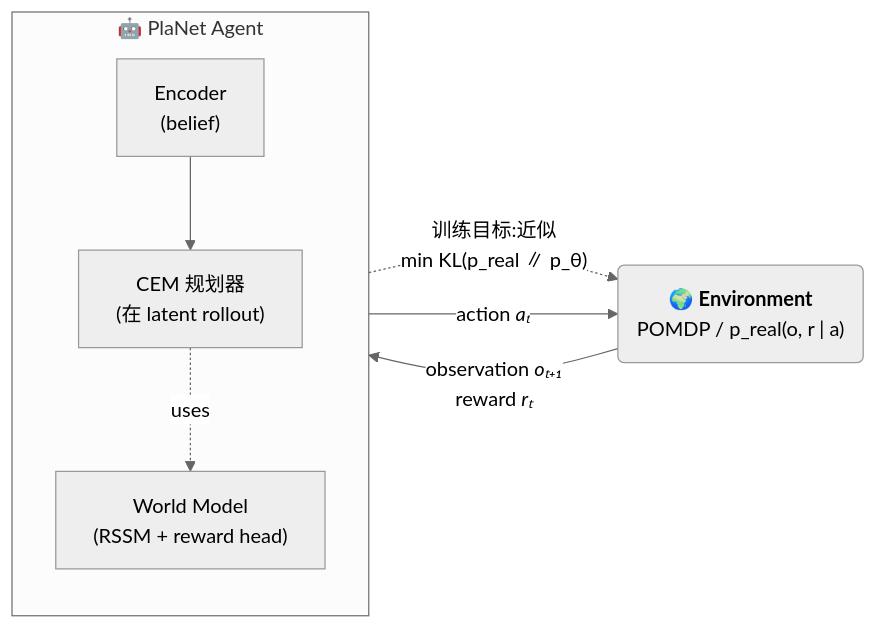
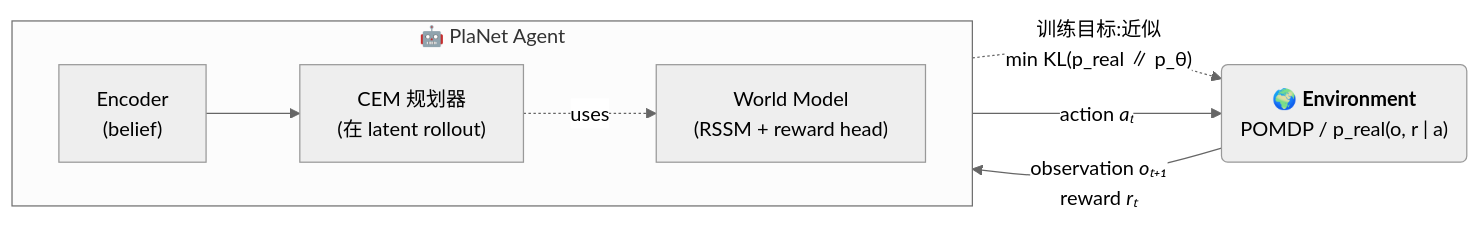
The seventh of 7 diagrams in World-Model-学习笔记.md (jinxinzhou/world-model-study), drawn with Mermaid (neutral theme) before and after one commit. The commit also changed other lines of this file and 1 other file, not shown here.

Commit message:
fix: use single-line chain declaration for PlaNet Agent diagrams
Mermaid is more likely to lay nodes out linearly when they're declared
as a single chain like 'A --> B --> C' rather than as separate node
declarations with separate edges. This should keep Enc -> CEM -> WM on
a single horizontal line (instead of Mermaid pushing Encoder down to
the bottom row).

Also: Step 3 diagram was still 'direction TB' — switched it to
'direction LR' to match §🧭 §1 and the user's intended horizontal
layout. Sync ZH + EN. Not pushing yet.

````diff
--- a/World-Model-学习笔记.md
+++ b/World-Model-学习笔记.md
@@ -1779,15 +1775,11 @@
 ```mermaid
 flowchart LR
     subgraph A["🤖 PlaNet Agent"]
-        direction TB
-        Enc["Encoder<br/>(belief)"]
-        WM["World Model<br/>(RSSM + reward head)"]
-        CEM["CEM 规划器<br/>(在 latent rollout)"]
-        Enc --> CEM
-        CEM -.uses.-> WM
+        direction LR
+        Enc["Encoder<br/>(belief)"] --> CEM["CEM 规划器<br/>(在 latent rollout)"] -.uses.-> WM["World Model<br/>(RSSM + reward head)"]
     end
     Env("🌍 <b>Environment</b><br/>POMDP / p_real(o, r | a)")
     A -- "action <i>aₜ</i>" --> Env
     Env -- "observation <i>oₜ₊₁</i><br/>reward <i>rₜ</i>" --> A
     WM -. "训练目标:近似<br/>min KL(p_real ∥ p_θ)" .-> Env
 ```
````
